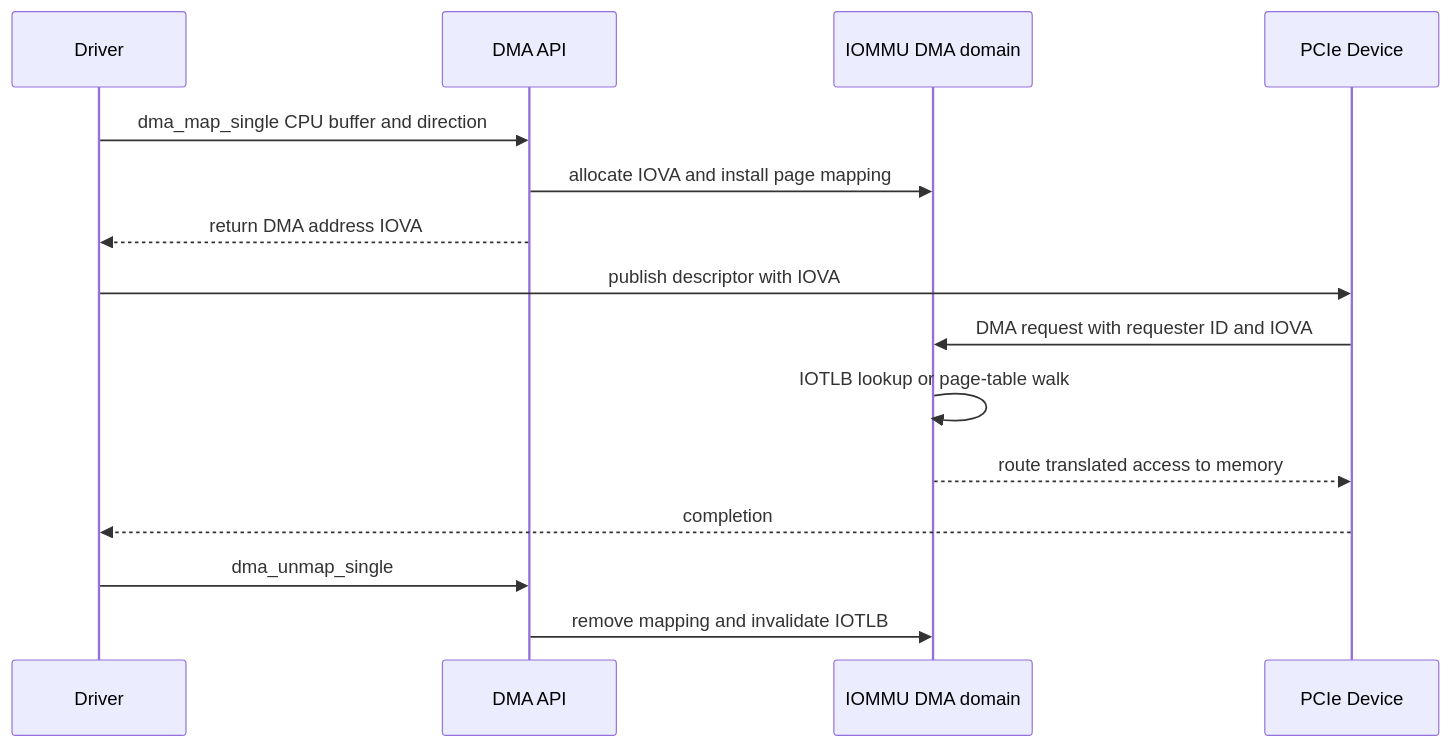
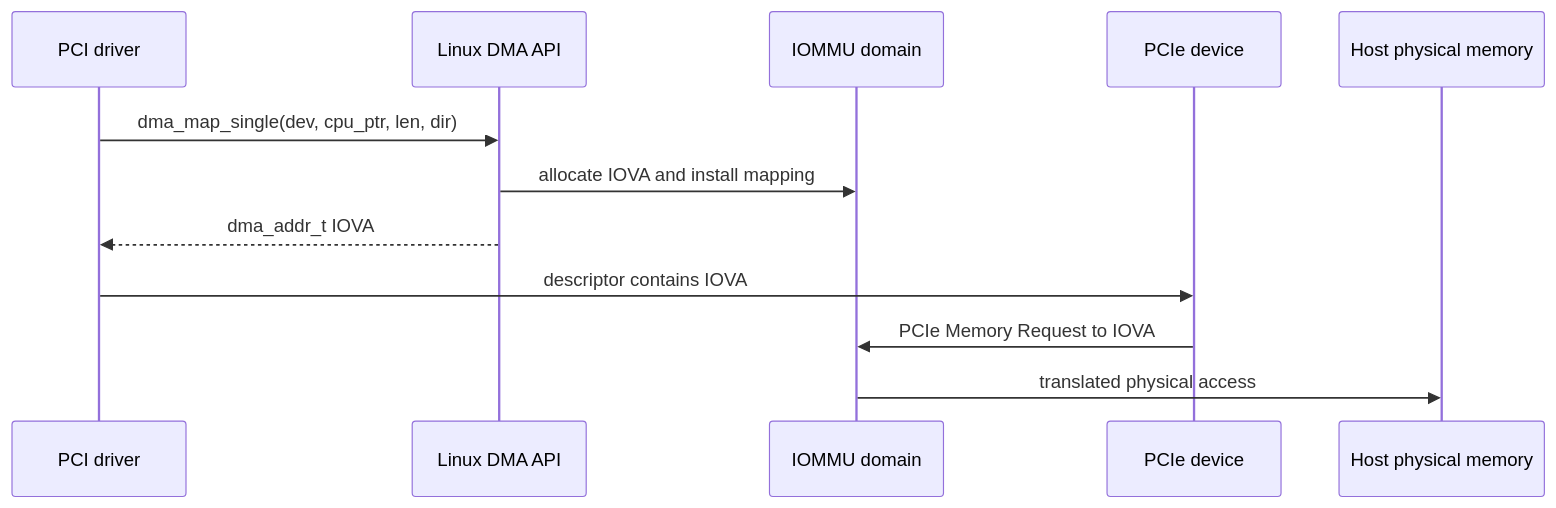
One commit to cdragon-ljl/EEandEdgeAI changed the first of 4 diagrams in docs/articles/pcie/pci-10-iommu-swiotlb-ats-pasid-sva.md. Above: the diagram before and after it, drawn with Mermaid. The commit also changed other lines of this file and 4 other files, not shown here.

Commit message:
docs: rebuild PCIe interrupt and DMA path

````diff
--- a/docs/articles/pcie/pci-10-iommu-swiotlb-ats-pasid-sva.md
+++ b/docs/articles/pcie/pci-10-iommu-swiotlb-ats-pasid-sva.md
@@ -44,17 +21,14 @@
 ```mermaid
 sequenceDiagram
-    participant D as Driver
-    participant API as DMA API
-    participant I as IOMMU DMA domain
-    participant E as PCIe Device
-    D->>API: dma_map_single CPU buffer and direction
-    API->>I: allocate IOVA and install page mapping
-    API-->>D: return DMA address IOVA
-    D->>E: publish descriptor with IOVA
-    E->>I: DMA request with requester ID and IOVA
-    I->>I: IOTLB lookup or page-table walk
-    I-->>E: route translated access to memory
-    E-->>D: completion
-    D->>API: dma_unmap_single
-    API->>I: remove mapping and invalidate IOTLB
+    participant DRV as PCI driver
+    participant DMA as Linux DMA API
+    participant IOMMU as IOMMU domain
+    participant DEV as PCIe device
+    participant RAM as Host physical memory
+    DRV->>DMA: dma_map_single(dev, cpu_ptr, len, dir)
+    DMA->>IOMMU: allocate IOVA and install mapping
+    DMA-->>DRV: dma_addr_t IOVA
+    DRV->>DEV: descriptor contains IOVA
+    DEV->>IOMMU: PCIe Memory Request to IOVA
+    IOMMU->>RAM: translated physical access
 ```
````
